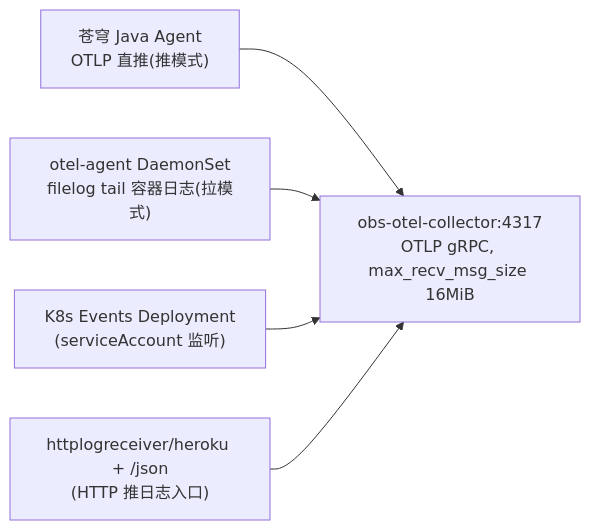
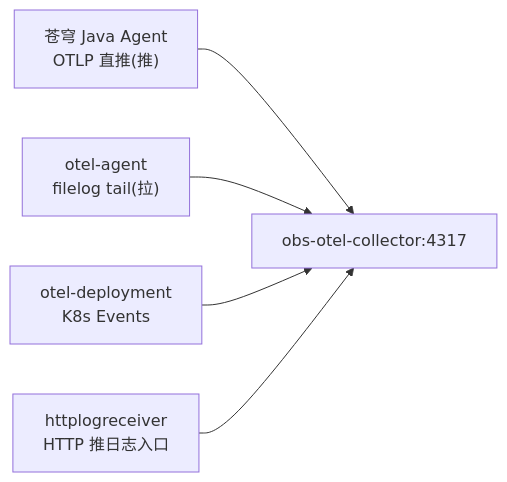
The second of 5 diagrams in 10-云原生/02-平台组件/04-SigNoz/signoz项目实战.md (songli0103/notes), drawn with Mermaid before and after one commit. The commit also changed other lines of this file and 6 other files, not shown here.

````diff
--- a/10-云原生/02-平台组件/04-SigNoz/signoz项目实战.md
+++ b/10-云原生/02-平台组件/04-SigNoz/signoz项目实战.md
@@ -63,8 +68,8 @@
 ```mermaid
 flowchart LR
-    J["苍穹 Java Agent<br/>OTLP 直推(推模式)"] --> COL
-    F["otel-agent DaemonSet<br/>filelog tail 容器日志(拉模式)"] --> COL
-    E["K8s Events Deployment<br/>(serviceAccount 监听)"] --> COL
-    H["httplogreceiver/heroku + /json<br/>(HTTP 推日志入口)"] --> COL
-    COL["obs-otel-collector:4317<br/>OTLP gRPC, max_recv_msg_size 16MiB"]
+    J["苍穹 Java Agent<br/>OTLP 直推(推)"] --> COL
+    F["otel-agent<br/>filelog tail(拉)"] --> COL
+    E["otel-deployment<br/>K8s Events"] --> COL
+    H["httplogreceiver<br/>HTTP 推日志入口"] --> COL
+    COL["obs-otel-collector:4317"]
 ```
````
